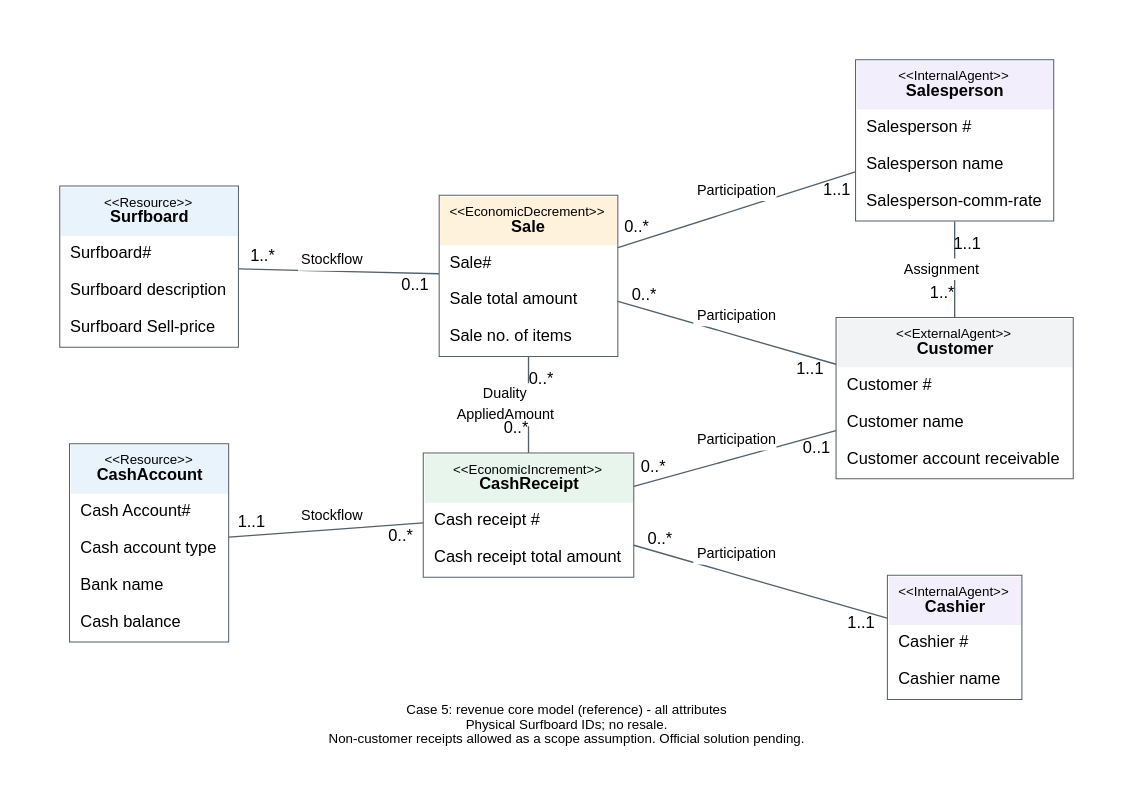
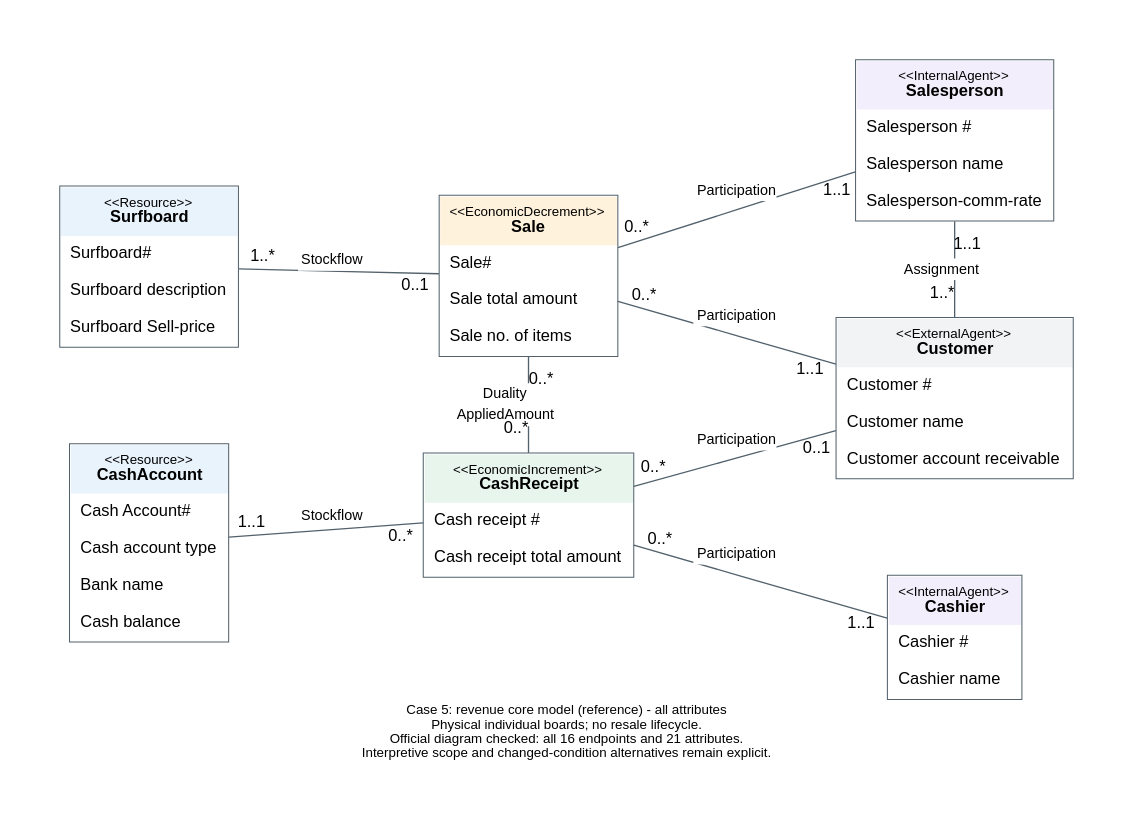
The diagram in AC6761_Artificial_Intelligence_Accounting/assignment/practice/work/case5-revenue-core/case5.dot (CercaTrovato/cityu-ai-course-notes), drawn with Graphviz before and after one commit. The commit also changed 83 other files, not shown here.

First line of the commit message:
完成 AC6761 Case5 全篇重审与官图来源核对

```diff
--- a/AC6761_Artificial_Intelligence_Accounting/assignment/practice/work/case5-revenue-core/case5.dot
+++ b/AC6761_Artificial_Intelligence_Accounting/assignment/practice/work/case5-revenue-core/case5.dot
@@ -1,28 +1,28 @@
 digraph CityUModel {
 graph [rankdir=LR, nodesep=0.65, ranksep=1.6, splines=polyline, pad=0.7, bgcolor="white", outputorder=edgesfirst];
 node [shape=plain, fontname="Arial", fontsize=16];
 edge [dir=none, fontname="Arial", fontsize=14, labelfontname="Arial", labelfontsize=16, color="#52616b", labeldistance=2.6, labelangle=28, penwidth=1.3];
-graph [label="Case 5: revenue core model (reference) - all attributes\nPhysical Surfboard IDs; no resale.\nNon-customer receipts allowed as a scope assumption. Official solution pending.",labelloc=b,fontname="Arial",fontsize=13];
+graph [label="Case 5: revenue core model (reference) - all attributes\nPhysical individual boards; no resale lifecycle.\nOfficial diagram checked: all 16 endpoints and 21 attributes.\nInterpretive scope and changed-condition alternatives remain explicit.",labelloc=b,fontname="Arial",fontsize=13];
 "Surfboard" [id="node-Surfboard",label=<<TABLE BORDER="1" CELLBORDER="0" CELLSPACING="0" CELLPADDING="9" COLOR="#52616b"><TR><TD BGCOLOR="#e9f3fc" ALIGN="CENTER"><FONT POINT-SIZE="13">&lt;&lt;Resource&gt;&gt;</FONT><BR/><B>Surfboard</B></TD></TR><TR><TD ALIGN="LEFT" BALIGN="LEFT">Surfboard#</TD></TR><TR><TD ALIGN="LEFT" BALIGN="LEFT">Surfboard description</TD></TR><TR><TD ALIGN="LEFT" BALIGN="LEFT">Surfboard Sell-price</TD></TR></TABLE>>];
 "CashAccount" [id="node-CashAccount",label=<<TABLE BORDER="1" CELLBORDER="0" CELLSPACING="0" CELLPADDING="9" COLOR="#52616b"><TR><TD BGCOLOR="#e9f3fc" ALIGN="CENTER"><FONT POINT-SIZE="13">&lt;&lt;Resource&gt;&gt;</FONT><BR/><B>CashAccount</B></TD></TR><TR><TD ALIGN="LEFT" BALIGN="LEFT">Cash Account#</TD></TR><TR><TD ALIGN="LEFT" BALIGN="LEFT">Cash account type</TD></TR><TR><TD ALIGN="LEFT" BALIGN="LEFT">Bank name</TD></TR><TR><TD ALIGN="LEFT" BALIGN="LEFT">Cash balance</TD></TR></TABLE>>];
 "Cashier" [id="node-Cashier",label=<<TABLE BORDER="1" CELLBORDER="0" CELLSPACING="0" CELLPADDING="9" COLOR="#52616b"><TR><TD BGCOLOR="#f3eefb" ALIGN="CENTER"><FONT POINT-SIZE="13">&lt;&lt;InternalAgent&gt;&gt;</FONT><BR/><B>Cashier</B></TD></TR><TR><TD ALIGN="LEFT" BALIGN="LEFT">Cashier #</TD></TR><TR><TD ALIGN="LEFT" BALIGN="LEFT">Cashier name</TD></TR></TABLE>>];
 "CashReceipt" [id="node-CashReceipt",label=<<TABLE BORDER="1" CELLBORDER="0" CELLSPACING="0" CELLPADDING="9" COLOR="#52616b"><TR><TD BGCOLOR="#e8f5ed" ALIGN="CENTER"><FONT POINT-SIZE="13">&lt;&lt;EconomicIncrement&gt;&gt;</FONT><BR/><B>CashReceipt</B></TD></TR><TR><TD ALIGN="LEFT" BALIGN="LEFT">Cash receipt #</TD></TR><TR><TD ALIGN="LEFT" BALIGN="LEFT">Cash receipt total amount</TD></TR></TABLE>>];
 "Customer" [id="node-Customer",label=<<TABLE BORDER="1" CELLBORDER="0" CELLSPACING="0" CELLPADDING="9" COLOR="#52616b"><TR><TD BGCOLOR="#f1f3f5" ALIGN="CENTER"><FONT POINT-SIZE="13">&lt;&lt;ExternalAgent&gt;&gt;</FONT><BR/><B>Customer</B></TD></TR><TR><TD ALIGN="LEFT" BALIGN="LEFT">Customer #</TD></TR><TR><TD ALIGN="LEFT" BALIGN="LEFT">Customer name</TD></TR><TR><TD ALIGN="LEFT" BALIGN="LEFT">Customer account receivable</TD></TR></TABLE>>];
 "Salesperson" [id="node-Salesperson",label=<<TABLE BORDER="1" CELLBORDER="0" CELLSPACING="0" CELLPADDING="9" COLOR="#52616b"><TR><TD BGCOLOR="#f3eefb" ALIGN="CENTER"><FONT POINT-SIZE="13">&lt;&lt;InternalAgent&gt;&gt;</FONT><BR/><B>Salesperson</B></TD></TR><TR><TD ALIGN="LEFT" BALIGN="LEFT">Salesperson #</TD></TR><TR><TD ALIGN="LEFT" BALIGN="LEFT">Salesperson name</TD></TR><TR><TD ALIGN="LEFT" BALIGN="LEFT">Salesperson-comm-rate</TD></TR></TABLE>>];
 "Sale" [id="node-Sale",label=<<TABLE BORDER="1" CELLBORDER="0" CELLSPACING="0" CELLPADDING="9" COLOR="#52616b"><TR><TD BGCOLOR="#fff2dc" ALIGN="CENTER"><FONT POINT-SIZE="13">&lt;&lt;EconomicDecrement&gt;&gt;</FONT><BR/><B>Sale</B></TD></TR><TR><TD ALIGN="LEFT" BALIGN="LEFT">Sale#</TD></TR><TR><TD ALIGN="LEFT" BALIGN="LEFT">Sale total amount</TD></TR><TR><TD ALIGN="LEFT" BALIGN="LEFT">Sale no. of items</TD></TR></TABLE>>];
 subgraph column_0 { rank=same; "Surfboard"; "CashAccount"; }
 subgraph column_1 { rank=same; "Sale"; "CashReceipt"; }
 subgraph column_2 { rank=same; "Salesperson"; "Customer"; "Cashier"; }
 "Surfboard" -> "CashAccount" [style=invis,weight=100];
 "Sale" -> "CashReceipt" [style=invis,weight=100];
 "Salesperson" -> "Customer" [style=invis,weight=100];
 "Customer" -> "Cashier" [style=invis,weight=100];
 "Sale" -> "CashReceipt" [id="edge-E1",taillabel="0..*",headlabel="0..*",label=<<TABLE BORDER="0" CELLBORDER="0" CELLSPACING="0" CELLPADDING="3" BGCOLOR="white"><TR><TD>Duality</TD></TR><TR><TD>AppliedAmount</TD></TR></TABLE>>,constraint=false,minlen=1];
 "Surfboard" -> "Sale" [id="edge-E2",taillabel="1..*",headlabel="0..1",label=<<TABLE BORDER="0" CELLBORDER="0" CELLSPACING="0" CELLPADDING="3" BGCOLOR="white"><TR><TD>Stockflow</TD></TR></TABLE>>,constraint=true,minlen=1];
 "CashAccount" -> "CashReceipt" [id="edge-E3",taillabel="1..1",headlabel="0..*",label=<<TABLE BORDER="0" CELLBORDER="0" CELLSPACING="0" CELLPADDING="3" BGCOLOR="white"><TR><TD>Stockflow</TD></TR></TABLE>>,constraint=true,minlen=1];
 "Sale" -> "Salesperson" [id="edge-E4",taillabel="0..*",headlabel="1..1",label=<<TABLE BORDER="0" CELLBORDER="0" CELLSPACING="0" CELLPADDING="3" BGCOLOR="white"><TR><TD>Participation</TD></TR></TABLE>>,constraint=true,minlen=1];
 "CashReceipt" -> "Cashier" [id="edge-E5",taillabel="0..*",headlabel="1..1",label=<<TABLE BORDER="0" CELLBORDER="0" CELLSPACING="0" CELLPADDING="3" BGCOLOR="white"><TR><TD>Participation</TD></TR></TABLE>>,constraint=true,minlen=1];
 "Sale" -> "Customer" [id="edge-E6",taillabel="0..*",headlabel="1..1",label=<<TABLE BORDER="0" CELLBORDER="0" CELLSPACING="0" CELLPADDING="3" BGCOLOR="white"><TR><TD>Participation</TD></TR></TABLE>>,constraint=true,minlen=1];
 "CashReceipt" -> "Customer" [id="edge-E7",taillabel="0..*",headlabel="0..1",label=<<TABLE BORDER="0" CELLBORDER="0" CELLSPACING="0" CELLPADDING="3" BGCOLOR="white"><TR><TD>Participation</TD></TR></TABLE>>,constraint=true,minlen=1];
 "Salesperson" -> "Customer" [id="edge-E8",taillabel="1..1",headlabel="1..*",label=<<TABLE BORDER="0" CELLBORDER="0" CELLSPACING="0" CELLPADDING="3" BGCOLOR="white"><TR><TD>Assignment</TD></TR></TABLE>>,constraint=false,minlen=1];
 }
```
